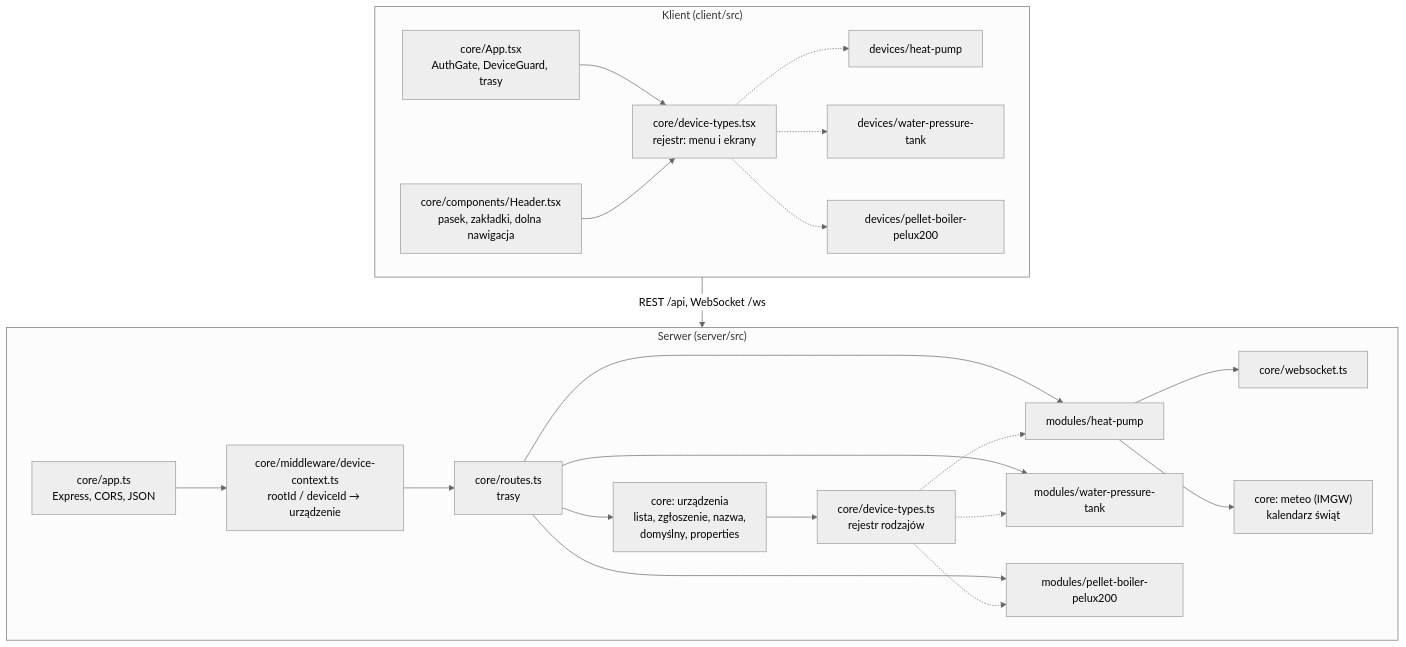
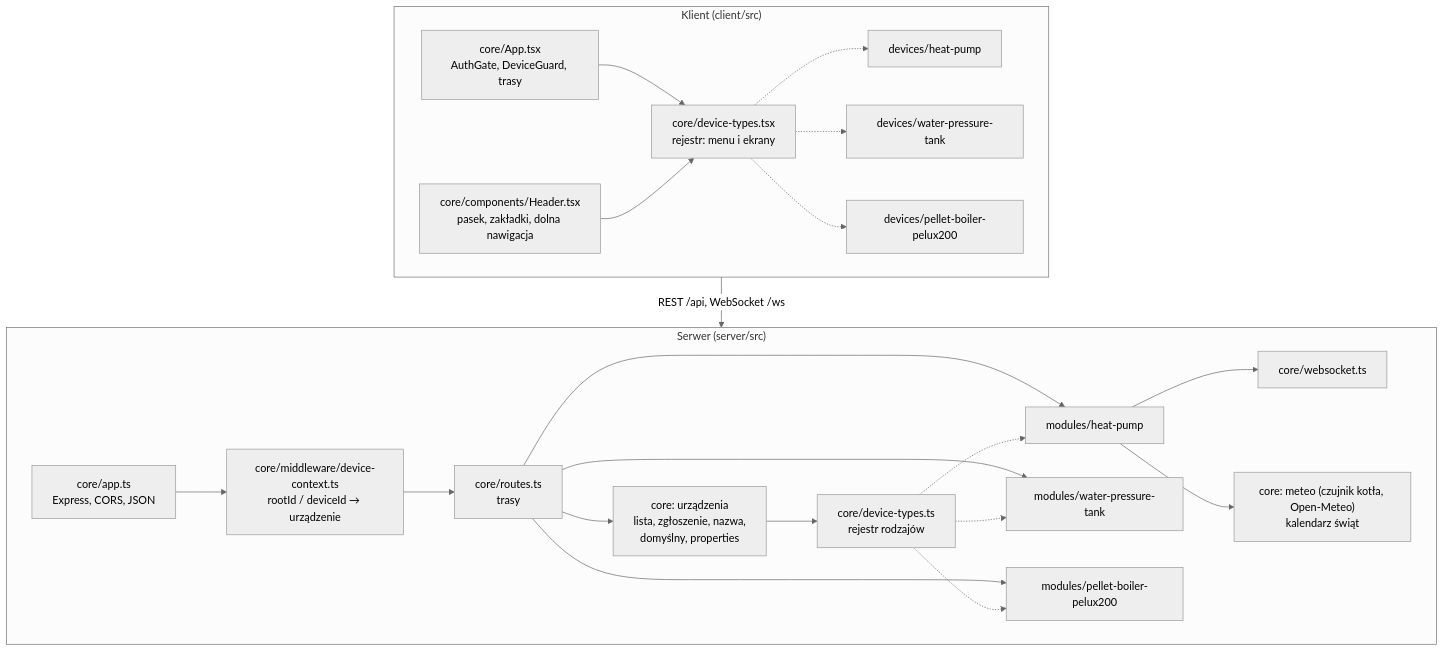
The first of 6 diagrams in docs/moduly/core/2-zasada-dzialania.md (robertorlowski/my-home), drawn with Mermaid (neutral theme) before and after one commit. The commit also changed other lines of this file and 14 other files, not shown here.

````diff
--- a/docs/moduly/core/2-zasada-dzialania.md
+++ b/docs/moduly/core/2-zasada-dzialania.md
@@ -9,40 +9,40 @@
 ```mermaid
 flowchart TB
     subgraph Serwer["Serwer (server/src)"]
         APP["core/app.ts<br/>Express, CORS, JSON"]
         CTX["core/middleware/device-context.ts<br/>rootId / deviceId → urządzenie"]
         RT["core/routes.ts<br/>trasy"]
         DEV["core: urządzenia<br/>lista, zgłoszenie, nazwa,<br/>domyślny, properties"]
         REG["core/device-types.ts<br/>rejestr rodzajów"]
         HPM["modules/heat-pump"]
         WPT["modules/water-pressure-tank"]
         PBM["modules/pellet-boiler-pelux200"]
         WS["core/websocket.ts"]
-        MET["core: meteo (IMGW)<br/>kalendarz świąt"]
+        MET["core: meteo (czujnik kotła, Open-Meteo)<br/>kalendarz świąt"]
         APP --> CTX --> RT
         RT --> DEV
         RT --> HPM
         RT --> WPT
         RT --> PBM
         DEV --> REG
         REG -.-> HPM
         REG -.-> WPT
         REG -.-> PBM
         HPM --> WS
         HPM --> MET
     end
     subgraph Klient["Klient (client/src)"]
         CAPP["core/App.tsx<br/>AuthGate, DeviceGuard, trasy"]
         CREG["core/device-types.tsx<br/>rejestr: menu i ekrany"]
         HDR["core/components/Header.tsx<br/>pasek, zakładki, dolna nawigacja"]
         CHP["devices/heat-pump"]
         CWP["devices/water-pressure-tank"]
         CPB["devices/pellet-boiler-pelux200"]
         CAPP --> CREG
         HDR --> CREG
         CREG -.-> CHP
         CREG -.-> CWP
         CREG -.-> CPB
     end
     Klient -- "REST /api, WebSocket /ws" --> Serwer
 ```
````
